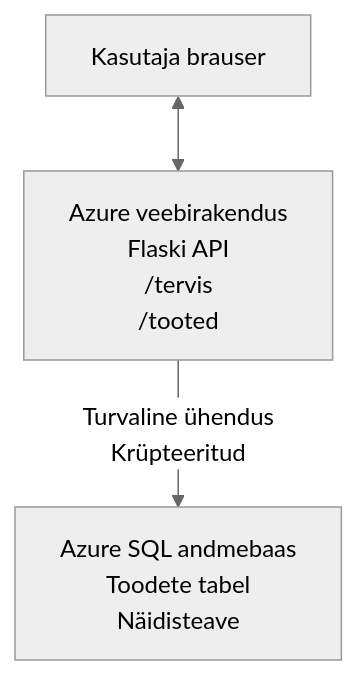
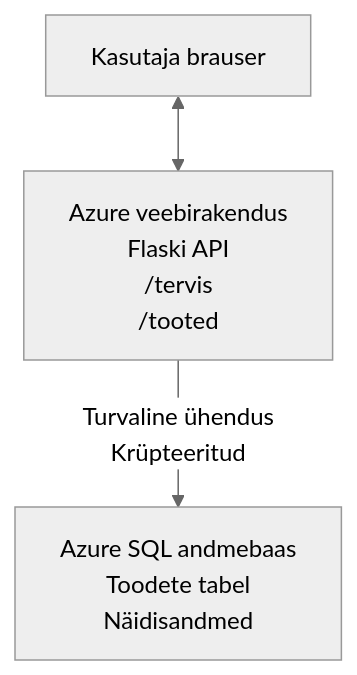
Before and after one commit to microsoft/AZD-for-beginners: the diagram in translations/et/examples/database-app/README.md, drawn with Mermaid (neutral theme). The commit also changed other lines of this file and 101 other files, not shown here.

````diff
--- a/translations/et/examples/database-app/README.md
+++ b/translations/et/examples/database-app/README.md
@@ -72,5 +72,5 @@
 ```mermaid
 graph TD
     Browser[Kasutaja brauser] <--> WebApp[Azure veebirakendus<br/>Flaski API<br/>/tervis<br/>/tooted]
-    WebApp -- Turvaline ühendus<br/>Krüpteeritud --> SQL[Azure SQL andmebaas<br/>Toodete tabel<br/>Näidisteave]
+    WebApp -- Turvaline ühendus<br/>Krüpteeritud --> SQL[Azure SQL andmebaas<br/>Toodete tabel<br/>Näidisandmed]
 ```
````
